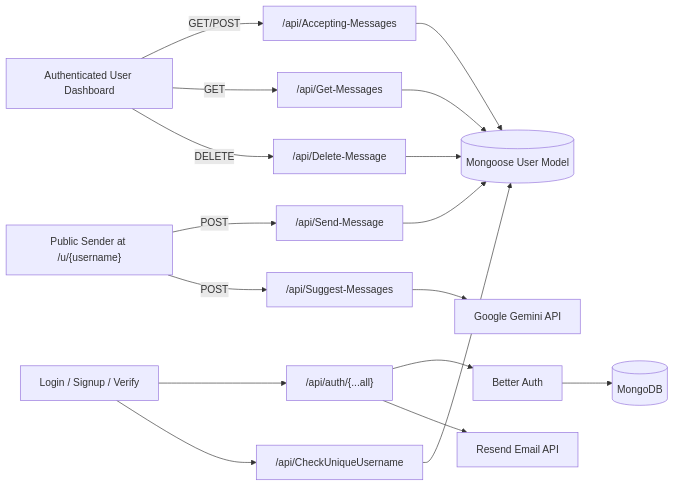
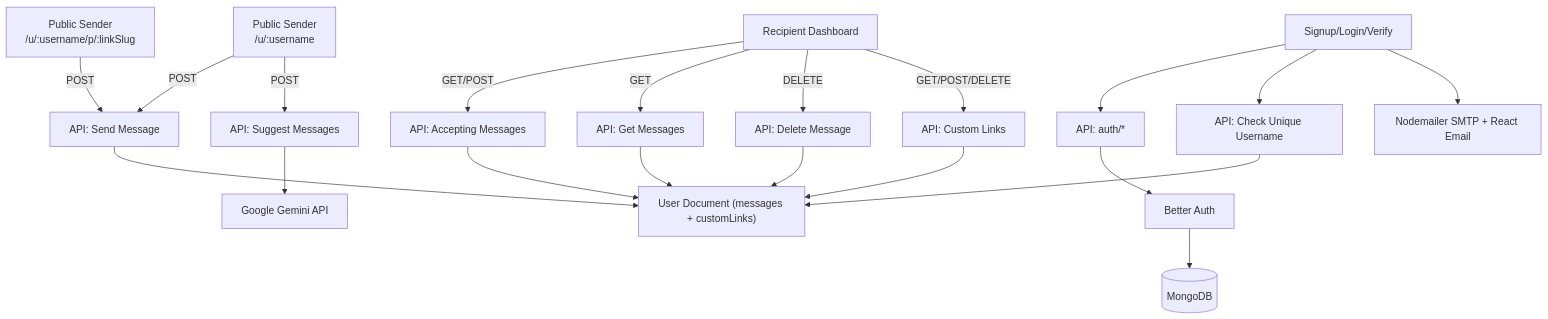
One commit to sujal7122005/Unsaid-Anonymous-feedback-web-application changed the diagram in README.md. Above: the diagram before and after it, drawn with Mermaid. The commit also changed other lines of this file, not shown here.

````diff
--- a/README.md
+++ b/README.md
@@ -44,24 +72,27 @@
 ```mermaid
-flowchart LR
-    A["Public Sender at /u/{username}"] -->|POST| B["/api/Send-Message"]
-    A -->|POST| C["/api/Suggest-Messages"]
+flowchart TD
+   SenderGeneral["Public Sender<br/>/u/:username"] -->|POST| SendMessage["API: Send Message"]
+   SenderCustom["Public Sender<br/>/u/:username/p/:linkSlug"] -->|POST| SendMessage
+   SenderGeneral -->|POST| Suggest["API: Suggest Messages"]
 
-    D["Authenticated User Dashboard"] -->|GET/POST| E["/api/Accepting-Messages"]
-    D -->|GET| F["/api/Get-Messages"]
-    D -->|DELETE| G["/api/Delete-Message"]
+   Dashboard["Recipient Dashboard"] -->|GET/POST| Accepting["API: Accepting Messages"]
+   Dashboard -->|GET| GetMessages["API: Get Messages"]
+   Dashboard -->|DELETE| DeleteMessage["API: Delete Message"]
+   Dashboard -->|GET/POST/DELETE| CustomLinks["API: Custom Links"]
 
-    H["Login / Signup / Verify"] --> I["/api/auth/{...all}"]
-    H --> J["/api/CheckUniqueUsername"]
+   AuthUI["Signup/Login/Verify"] --> AuthApi["API: auth/*"]
+   AuthUI --> UsernameCheck["API: Check Unique Username"]
 
-    I --> K["Better Auth"]
-    K --> L[(MongoDB)]
+   AuthApi --> BetterAuth["Better Auth"]
+   BetterAuth --> Mongo[(MongoDB)]
 
-    B --> M[(Mongoose User Model)]
-    E --> M
-    F --> M
-    G --> M
-    J --> M
+   SendMessage --> UserData["User Document (messages + customLinks)"]
+   Accepting --> UserData
+   GetMessages --> UserData
+   DeleteMessage --> UserData
+   CustomLinks --> UserData
+   UsernameCheck --> UserData
 
-    C --> N["Google Gemini API"]
-    I --> O["Resend Email API"]
+   Suggest --> Gemini["Google Gemini API"]
+   AuthUI --> Mail["Nodemailer SMTP + React Email"]
 ```
````
